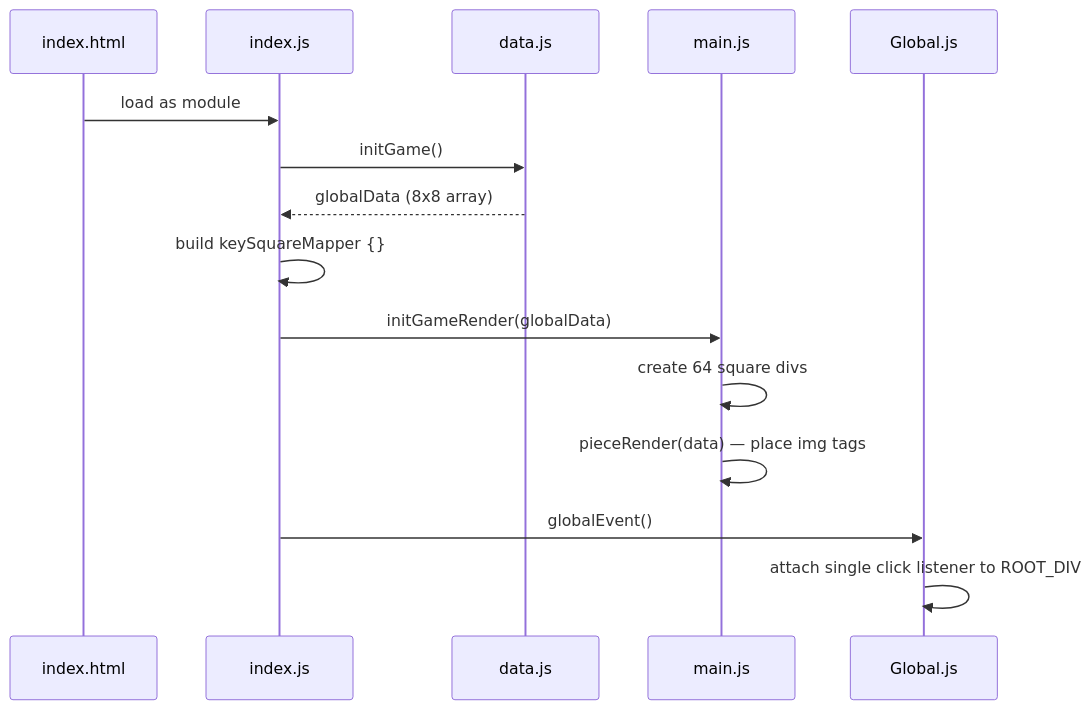
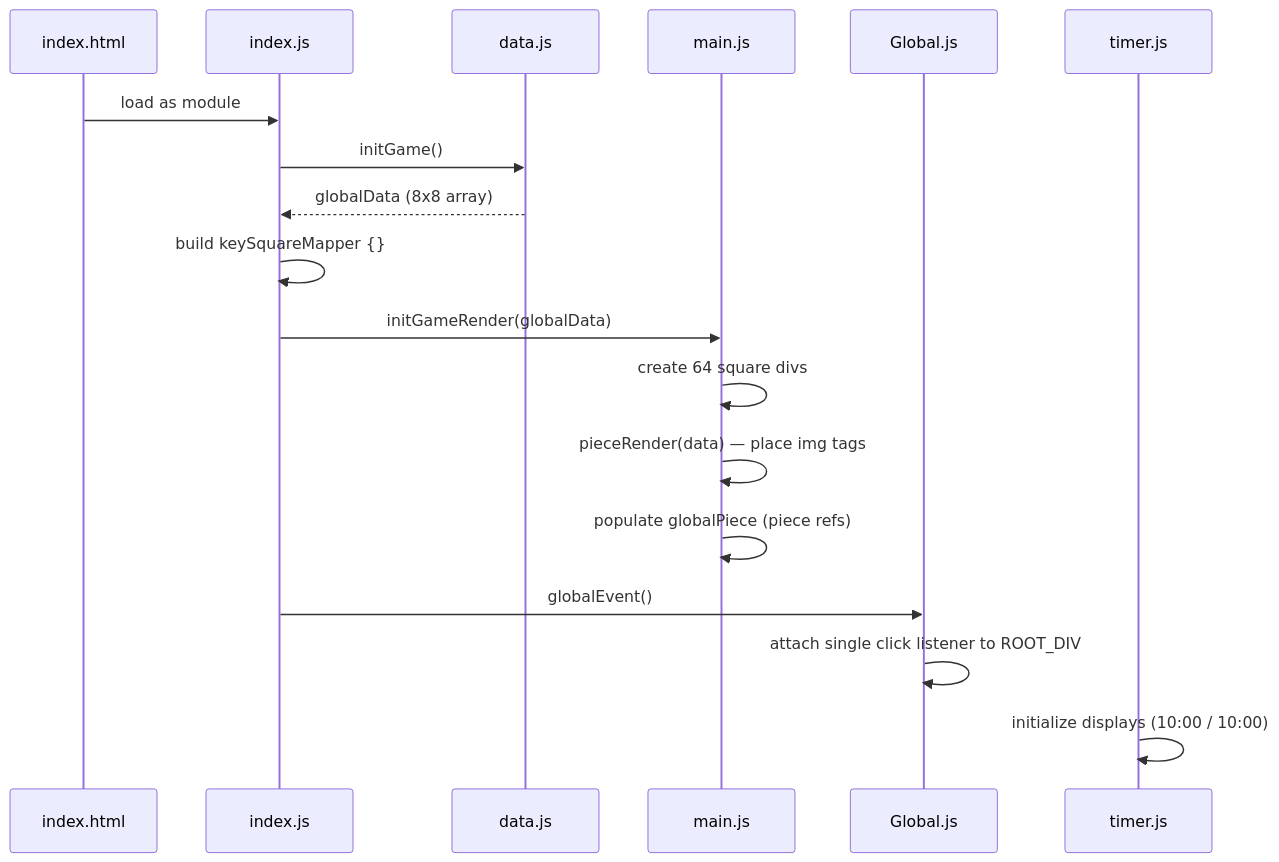
The second of 4 diagrams in Md_file/Design_Architecture.md (sharmaa-abhi/ChessCode), drawn with Mermaid before and after one commit. The commit also changed other lines of this file and 18 other files, not shown here.

````diff
--- a/Md_file/Design_Architecture.md
+++ b/Md_file/Design_Architecture.md
@@ -77,18 +98,21 @@
 ```mermaid
 sequenceDiagram
     participant HTML as index.html
     participant JS as index.js
     participant Data as data.js
     participant Render as main.js
     participant Event as Global.js
+    participant Timer as timer.js
 
     HTML->>JS: load as module
     JS->>Data: initGame()
     Data-->>JS: globalData (8x8 array)
     JS->>JS: build keySquareMapper {}
     JS->>Render: initGameRender(globalData)
     Render->>Render: create 64 square divs
     Render->>Render: pieceRender(data) — place img tags
+    Render->>Render: populate globalPiece (piece refs)
     JS->>Event: globalEvent()
     Event->>Event: attach single click listener to ROOT_DIV
+    Timer->>Timer: initialize displays (10:00 / 10:00)
 ```
````
